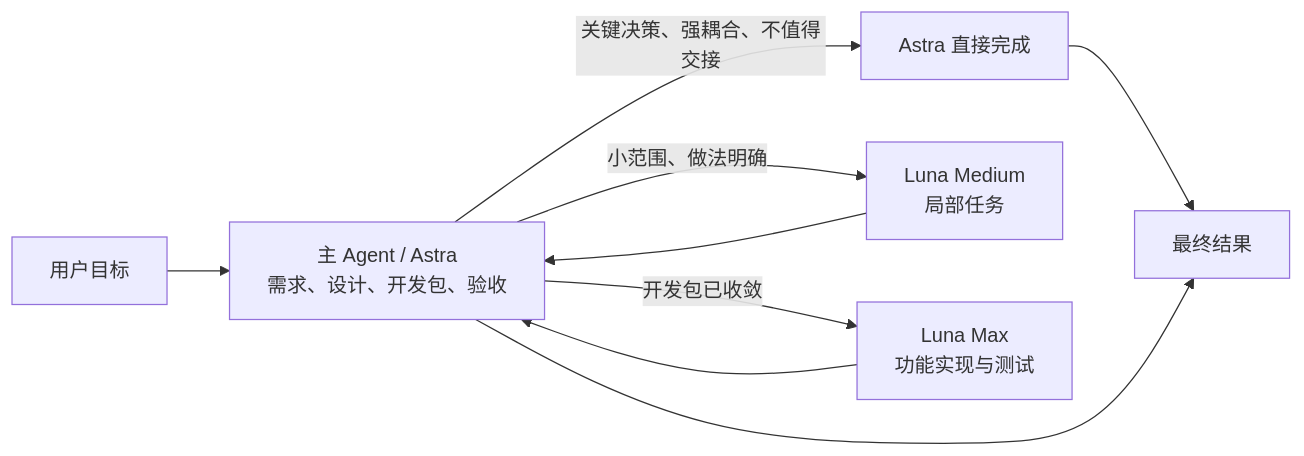
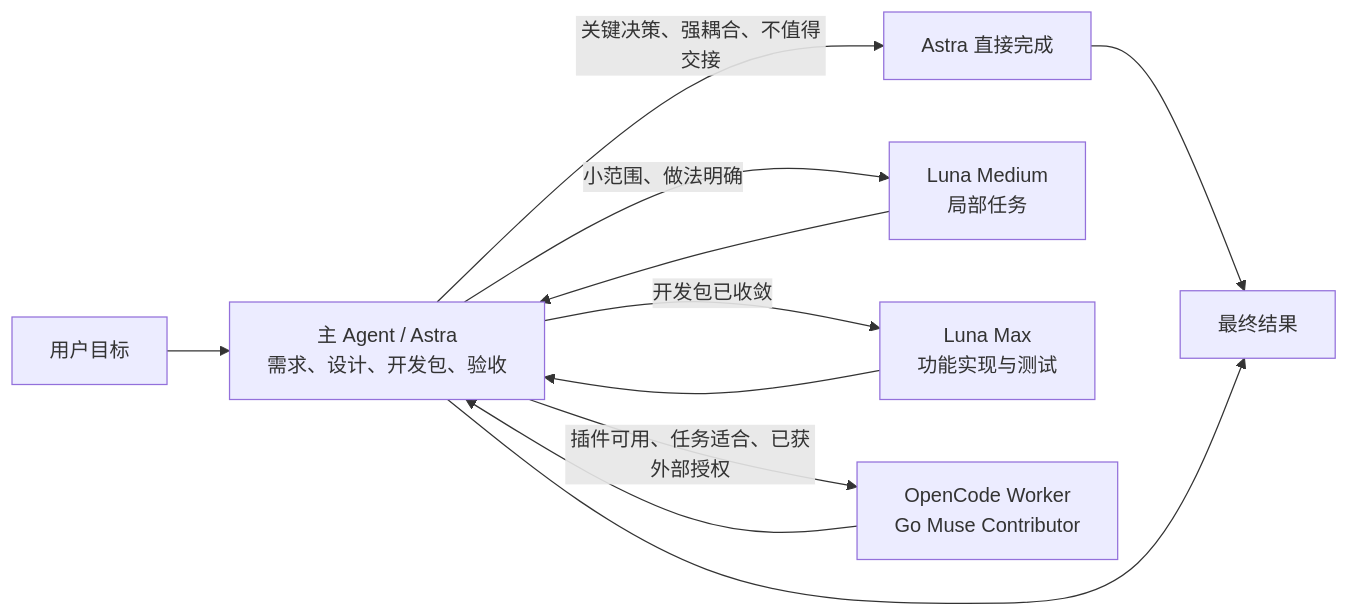
One commit to liuyejinghong/sol-worker-routing-codex changed the diagram in README.md. Above: the diagram before and after it, drawn with Mermaid. The commit also changed other lines of this file and 11 other files, not shown here.

Commit message:
feat: add optional OpenCode Worker plugin routing

````diff
--- a/README.md
+++ b/README.md
@@ -44,11 +71,13 @@
 ```mermaid
 flowchart LR
     U["用户目标"] --> S["主 Agent / Astra<br/>需求、设计、开发包、验收"]
     S -->|"关键决策、强耦合、不值得交接"| D["Astra 直接完成"]
     S -->|"小范围、做法明确"| LM["Luna Medium<br/>局部任务"]
     S -->|"开发包已收敛"| L["Luna Max<br/>功能实现与测试"]
+    S -->|"插件可用、任务适合、已获外部授权"| OC["OpenCode Worker<br/>Go Muse Contributor"]
+    OC --> S
     D --> O["最终结果"]
     LM --> S
     L --> S
     S --> O
 ```
````
